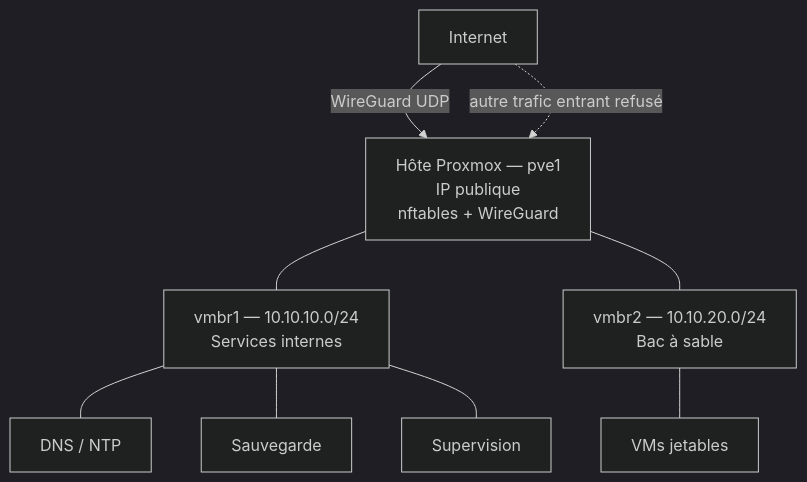
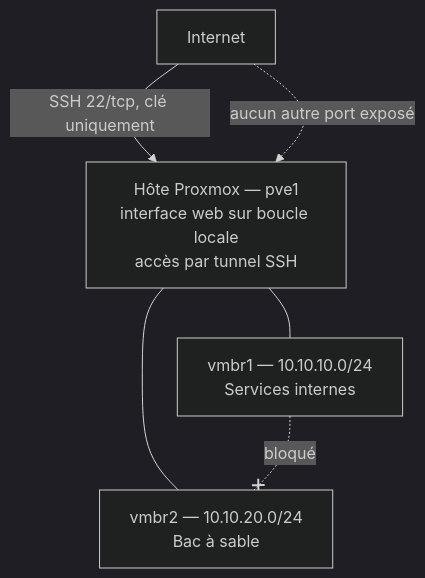
The diagram in README.md (ryn380/homelab), drawn with Mermaid (dark theme) before and after one commit. The commit also changed other lines of this file, not shown here.

````diff
--- a/README.md
+++ b/README.md
@@ -48,16 +52,12 @@
 ```mermaid
 graph TD
-    NET[Internet] -->|WireGuard UDP| HOST
-    NET -.->|autre trafic entrant refusé| HOST
+    NET[Internet] -->|SSH 22/tcp, clé uniquement| HOST
+    NET -.->|aucun autre port exposé| HOST
 
-    HOST["Hôte Proxmox — pve1<br/>IP publique<br/>nftables + WireGuard"]
+    HOST["Hôte Proxmox — pve1<br/>interface web sur boucle locale<br/>accès par tunnel SSH"]
 
     HOST --- BR1["vmbr1 — 10.10.10.0/24<br/>Services internes"]
     HOST --- BR2["vmbr2 — 10.10.20.0/24<br/>Bac à sable"]
 
-    BR1 --- S1[DNS / NTP]
-    BR1 --- S2[Sauvegarde]
-    BR1 --- S3[Supervision]
-
-    BR2 --- T1[VMs jetables]
+    BR1 -.-x|bloqué| BR2
 ```
````
